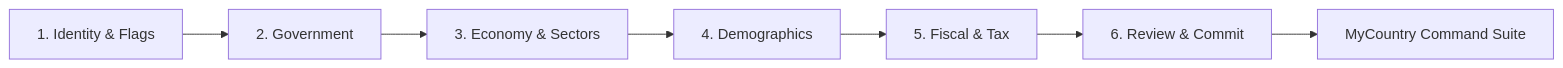
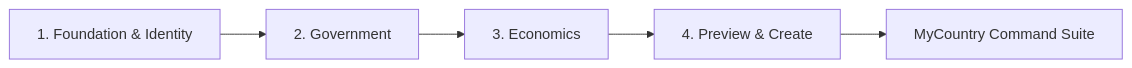
The diagram in docs/systems/builder.md (algolds/ixstats), drawn with Mermaid before and after one commit. The commit also changed other lines of this file and 69 other files, not shown here.

````diff
--- a/docs/systems/builder.md
+++ b/docs/systems/builder.md
@@ -39,9 +42,7 @@
 ```mermaid
 graph LR
-    A[1. Identity & Flags] --> B[2. Government]
-    B --> C[3. Economy & Sectors]
-    C --> D[4. Demographics]
-    D --> E[5. Fiscal & Tax]
-    E --> F[6. Review & Commit]
-    F --> G[MyCountry Command Suite]
+    A[1. Foundation & Identity] --> B[2. Government]
+    B --> C[3. Economics]
+    C --> D[4. Preview & Create]
+    D --> E[MyCountry Command Suite]
 ```
````
